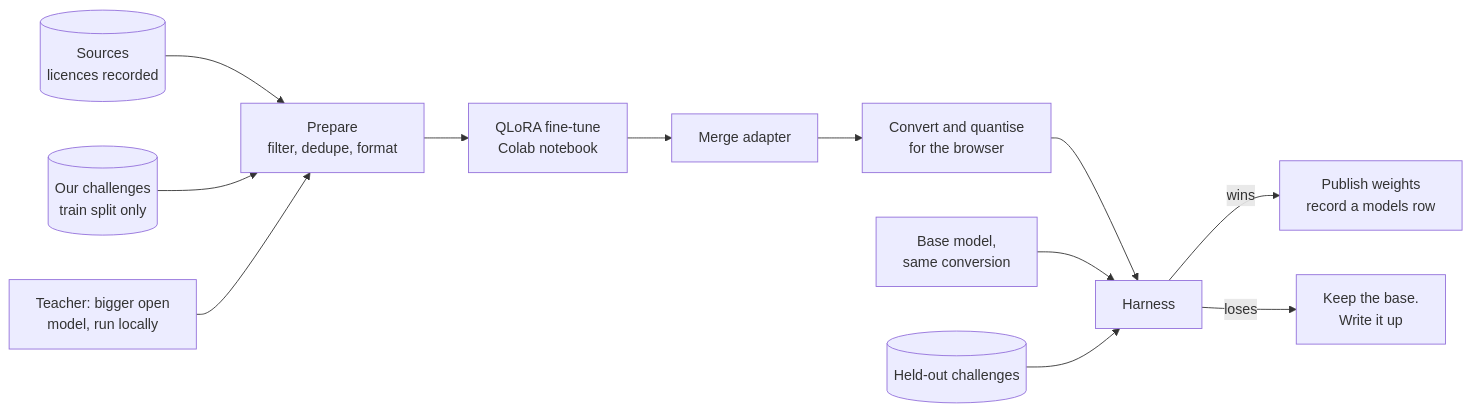
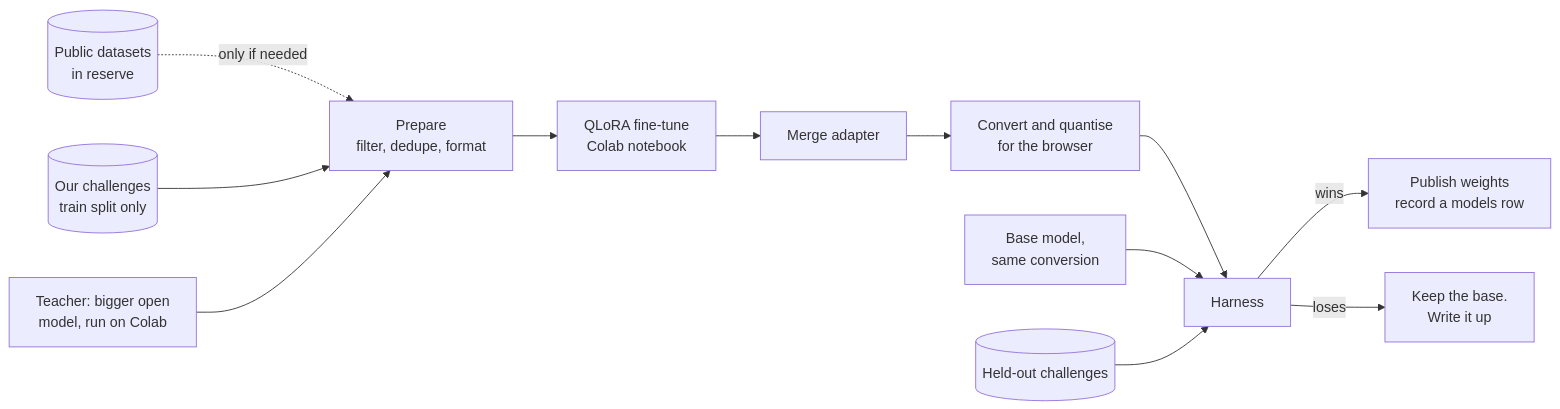
One commit to MoAbboud/PortFolio changed the sixth of 6 diagrams in codevscode/requirements/03-architecture.md. Above: the diagram before and after it, drawn with Mermaid. The commit also changed other lines of this file and 4 other files, not shown here.

Commit message:
codevscode requirements: the helper trains on our own data first - our challenges and conversations a bigger open model writes on colab, public datasets held in reserve - hosted on hugging face, and always named as fine-tuned from its base

````diff
--- a/codevscode/requirements/03-architecture.md
+++ b/codevscode/requirements/03-architecture.md
@@ -328,14 +329,14 @@
 ```mermaid
 flowchart LR
-    DS[(Sources<br/>licences recorded)] --> PREP[Prepare<br/>filter, dedupe, format]
+    DS[(Public datasets<br/>in reserve)] -.->|only if needed| PREP[Prepare<br/>filter, dedupe, format]
     CH[(Our challenges<br/>train split only)] --> PREP
-    TE[Teacher: bigger open<br/>model, run locally] --> PREP
+    TE[Teacher: bigger open<br/>model, run on Colab] --> PREP
     PREP --> TRAIN[QLoRA fine-tune<br/>Colab notebook]
     TRAIN --> MERGE[Merge adapter]
     MERGE --> CONV[Convert and quantise<br/>for the browser]
     CONV --> HB[Harness]
     BASE[Base model,<br/>same conversion] --> HB
     HO[(Held-out challenges)] --> HB
     HB -->|wins| PUB[Publish weights<br/>record a models row]
     HB -->|loses| KEEP[Keep the base.<br/>Write it up]
 ```
````
